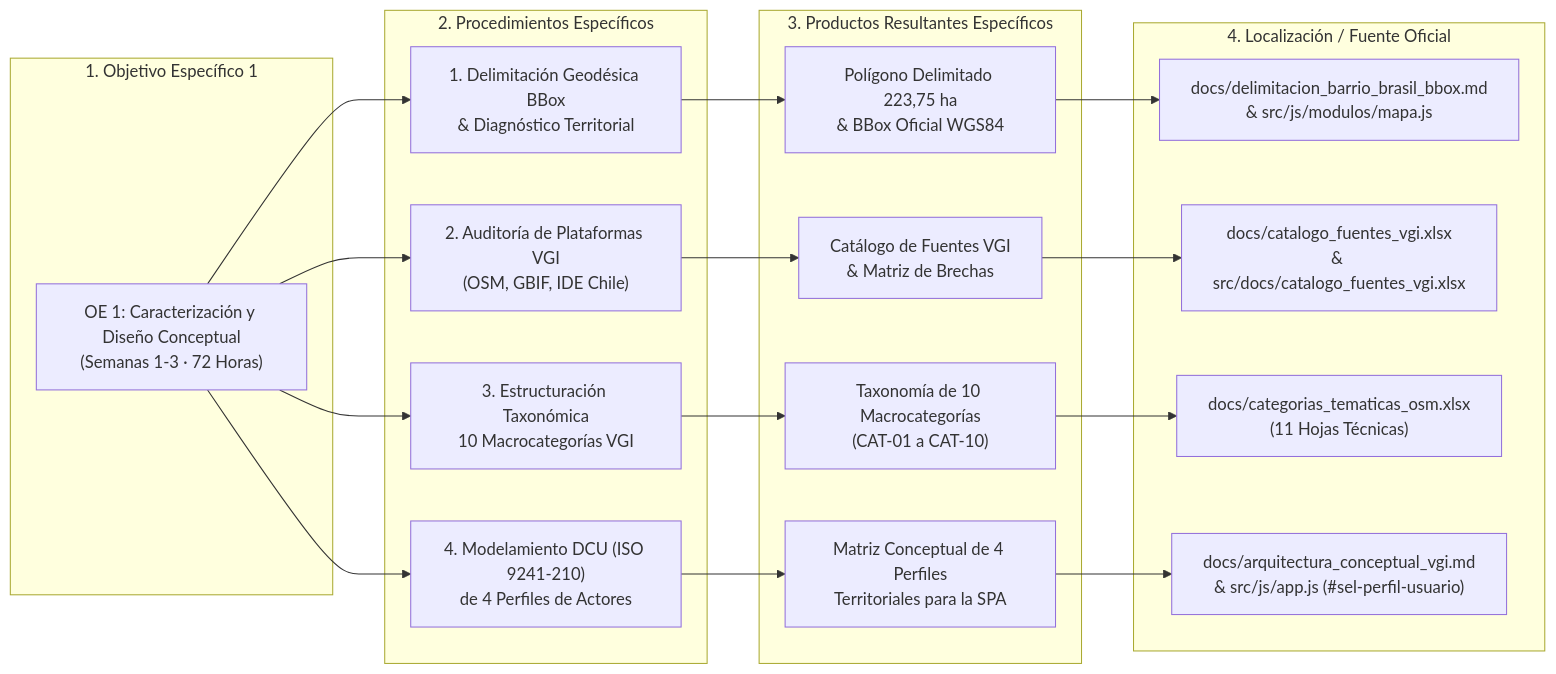
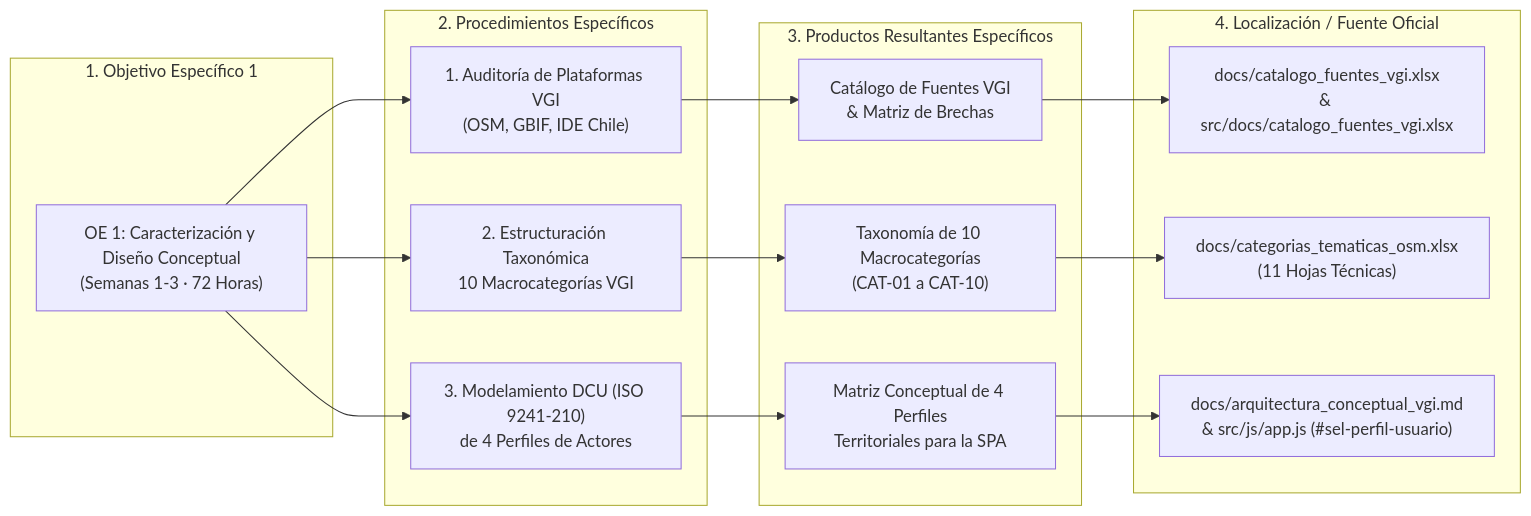
One commit to GEOJOTA/atlas_vgi_territorial changed the first of 25 diagrams in MANUAL_ACTUALIZACION_ATLAS.md. Above: the diagram before and after it, drawn with Mermaid. The commit also changed other lines of this file and 4 other files, not shown here.

Commit message:
docs: depurar procedimientos y entregables de delimitación (OE1), homologación geodésica (OE2) e informe final (OE4)

````diff
--- a/MANUAL_ACTUALIZACION_ATLAS.md
+++ b/MANUAL_ACTUALIZACION_ATLAS.md
@@ -159,32 +158,28 @@
 ```mermaid
 flowchart LR
     subgraph OBJ1["1. Objetivo Específico 1"]
         O1["OE 1: Caracterización y Diseño Conceptual\n(Semanas 1-3 · 72 Horas)"]
     end
 
     subgraph PROC1["2. Procedimientos Específicos"]
-        P1_1["1. Delimitación Geodésica BBox\n& Diagnóstico Territorial"]
-        P1_2["2. Auditoría de Plataformas VGI\n(OSM, GBIF, IDE Chile)"]
-        P1_3["3. Estructuración Taxonómica\n10 Macrocategorías VGI"]
-        P1_4["4. Modelamiento DCU (ISO 9241-210)\nde 4 Perfiles de Actores"]
+        P1_1["1. Auditoría de Plataformas VGI\n(OSM, GBIF, IDE Chile)"]
+        P1_2["2. Estructuración Taxonómica\n10 Macrocategorías VGI"]
+        P1_3["3. Modelamiento DCU (ISO 9241-210)\nde 4 Perfiles de Actores"]
     end
 
     subgraph PROD1["3. Productos Resultantes Específicos"]
-        PR1_1["Polígono Delimitado 223,75 ha\n& BBox Oficial WGS84"]
-        PR1_2["Catálogo de Fuentes VGI\n& Matriz de Brechas"]
-        PR1_3["Taxonomía de 10 Macrocategorías\n(CAT-01 a CAT-10)"]
-        PR1_4["Matriz Conceptual de 4 Perfiles\nTerritoriales para la SPA"]
+        PR1_1["Catálogo de Fuentes VGI\n& Matriz de Brechas"]
+        PR1_2["Taxonomía de 10 Macrocategorías\n(CAT-01 a CAT-10)"]
+        PR1_3["Matriz Conceptual de 4 Perfiles\nTerritoriales para la SPA"]
     end
 
     subgraph LOC1["4. Localización / Fuente Oficial"]
-        L1_1["docs/delimitacion_barrio_brasil_bbox.md\n& src/js/modulos/mapa.js"]
-        L1_2["docs/catalogo_fuentes_vgi.xlsx\n& src/docs/catalogo_fuentes_vgi.xlsx"]
-        L1_3["docs/categorias_tematicas_osm.xlsx\n(11 Hojas Técnicas)"]
-        L1_4["docs/arquitectura_conceptual_vgi.md\n& src/js/app.js (#sel-perfil-usuario)"]
+        L1_1["docs/catalogo_fuentes_vgi.xlsx\n& src/docs/catalogo_fuentes_vgi.xlsx"]
+        L1_2["docs/categorias_tematicas_osm.xlsx\n(11 Hojas Técnicas)"]
+        L1_3["docs/arquitectura_conceptual_vgi.md\n& src/js/app.js (#sel-perfil-usuario)"]
     end
 
     O1 --> P1_1 --> PR1_1 --> L1_1
     O1 --> P1_2 --> PR1_2 --> L1_2
     O1 --> P1_3 --> PR1_3 --> L1_3
-    O1 --> P1_4 --> PR1_4 --> L1_4
 ```
````
